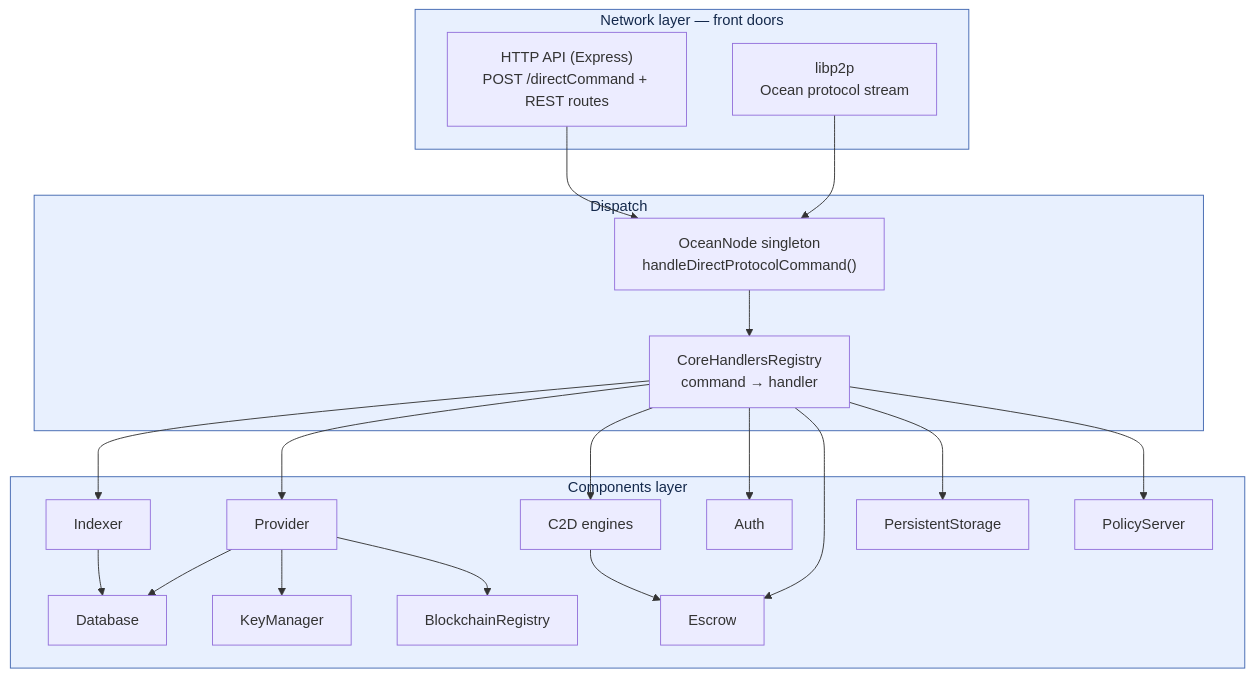
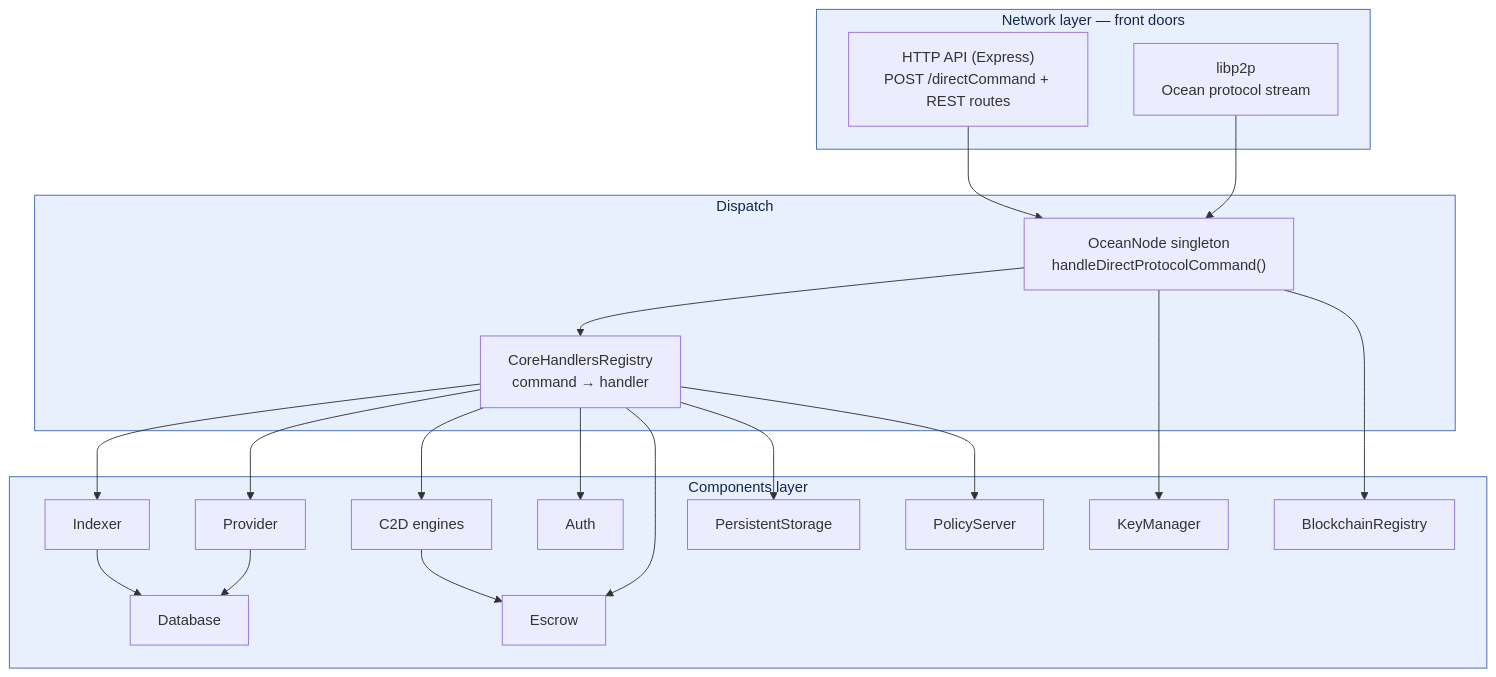
The first of 5 diagrams in docs/Arhitecture.md (oceanprotocol/ocean-node), drawn with Mermaid before and after one commit. The commit also changed other lines of this file and 1 other file, not shown here.

````diff
--- a/docs/Arhitecture.md
+++ b/docs/Arhitecture.md
@@ -51,37 +51,37 @@
 ```mermaid
 flowchart TB
     subgraph NET["Network layer — front doors"]
         HTTP["HTTP API (Express)<br/>POST /directCommand + REST routes"]
         P2P["libp2p<br/>Ocean protocol stream"]
     end
 
     subgraph DISPATCH["Dispatch"]
         ON["OceanNode singleton<br/>handleDirectProtocolCommand()"]
         REG["CoreHandlersRegistry<br/>command → handler"]
     end
 
     subgraph COMP["Components layer"]
         IDX["Indexer"]
         PROV["Provider"]
         C2D["C2D engines"]
         DB["Database"]
         AUTH["Auth"]
         KM["KeyManager"]
         BR["BlockchainRegistry"]
         ESC["Escrow"]
         PS["PersistentStorage"]
         POL["PolicyServer"]
     end
 
     HTTP --> ON
     P2P --> ON
     ON --> REG
     REG --> IDX & PROV & C2D & AUTH & ESC & PS & POL
     PROV --> DB
     IDX --> DB
     C2D --> ESC
-    PROV --> KM
-    PROV --> BR
+    ON --> KM
+    ON --> BR
     classDef layer fill:#e8f0fe,stroke:#4066b0,color:#13284b;
     class NET,DISPATCH,COMP layer;
 ```
````
